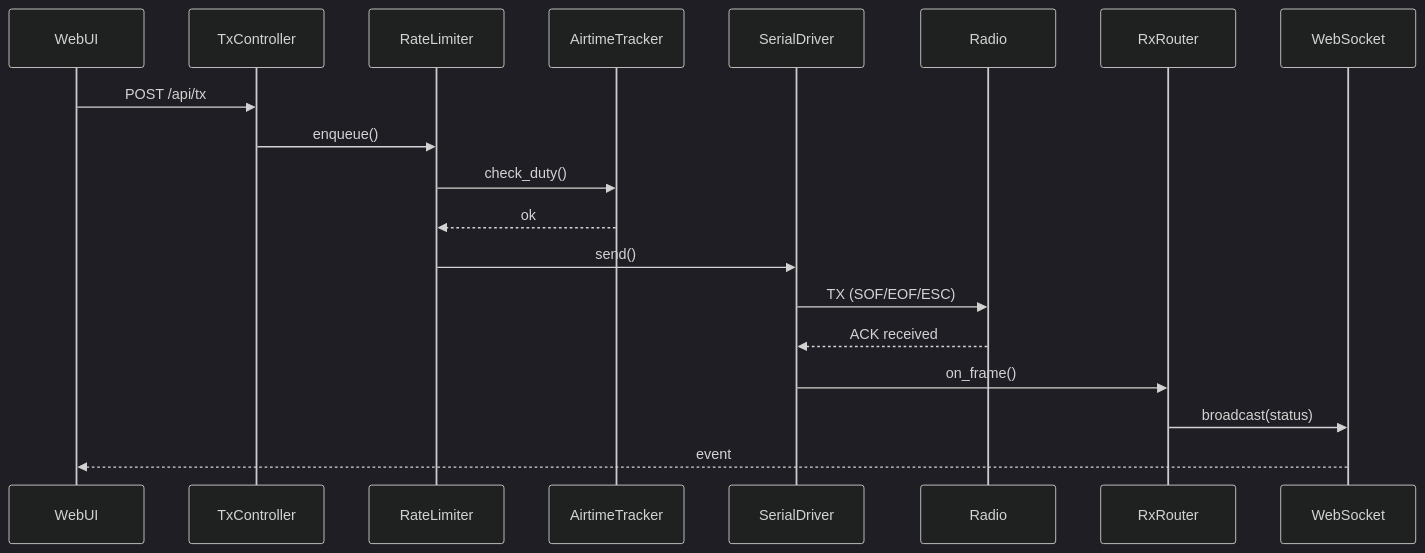
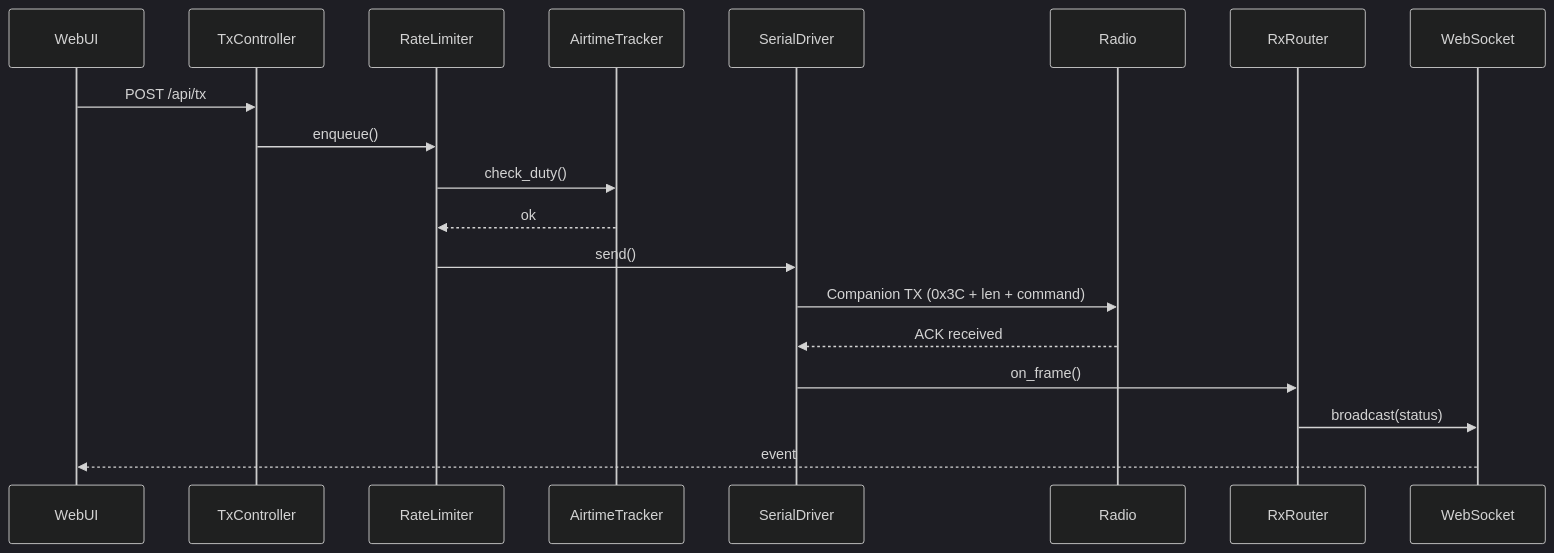
The third of 6 diagrams in docs/ARCHITECTURE.md (cyber89/meshcore-bridge-client), drawn with Mermaid (dark theme) before and after one commit. The commit also changed other lines of this file, not shown here.

Commit message:
architecture: model official Companion and on-air protocol boundaries

````diff
--- a/docs/ARCHITECTURE.md
+++ b/docs/ARCHITECTURE.md
@@ -167,22 +180,22 @@
 ```mermaid
 sequenceDiagram
     participant WebUI
     participant TxController
     participant RateLimiter
     participant AirtimeTracker
     participant SerialDriver
     participant Radio
     participant RxRouter
     participant WebSocket
 
     WebUI->>TxController: POST /api/tx
     TxController->>RateLimiter: enqueue()
     RateLimiter->>AirtimeTracker: check_duty()
     AirtimeTracker-->>RateLimiter: ok
     RateLimiter->>SerialDriver: send()
-    SerialDriver->>Radio: TX (SOF/EOF/ESC)
+    SerialDriver->>Radio: Companion TX (0x3C + len + command)
     Radio-->>SerialDriver: ACK received
     SerialDriver->>RxRouter: on_frame()
     RxRouter->>WebSocket: broadcast(status)
     WebSocket-->>WebUI: event
 ```
````
